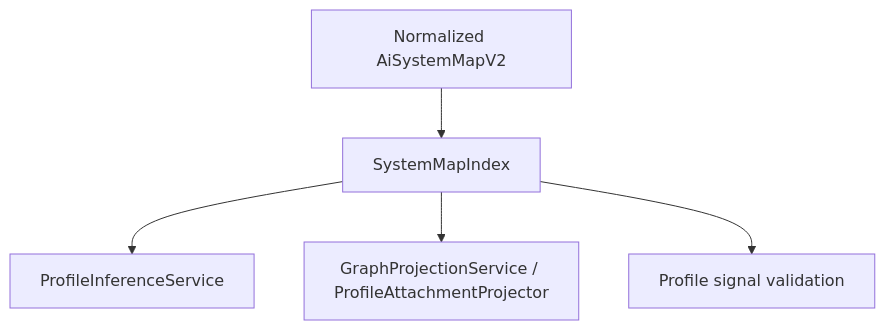
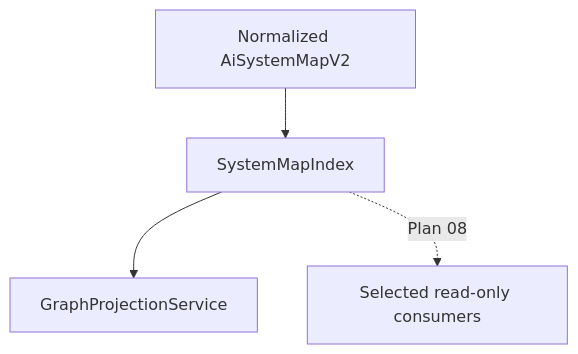
The diagram in docs/work/Timmy/schedule/plan/unfinish/phase2/static-trace-plan/s1-track-a-index-projection/05-add-read-only-system-map-index.md (1104030360/Systograph), drawn with Mermaid before and after one commit. The commit also changed other lines of this file and 63 other files, not shown here.

First line of the commit message:
feat(core): #202 完成 Phase2 S1 index/projection 後端 (#250)

````diff
--- a/docs/work/Timmy/schedule/plan/unfinish/phase2/static-trace-plan/s1-track-a-index-projection/05-add-read-only-system-map-index.md
+++ b/docs/work/Timmy/schedule/plan/unfinish/phase2/static-trace-plan/s1-track-a-index-projection/05-add-read-only-system-map-index.md
@@ -88,13 +105,11 @@
 ```mermaid
 flowchart TD
   Map[Normalized AiSystemMapV2]
   Index[SystemMapIndex]
-  Profile[ProfileInferenceService]
-  Projection[GraphProjectionService / ProfileAttachmentProjector]
-  Validator[Profile signal validation]
+  Projection[GraphProjectionService]
+  Consumers[Selected read-only consumers]
 
   Map --> Index
-  Index --> Profile
   Index --> Projection
-  Index --> Validator
+  Index -. Plan 08 .-> Consumers
 ```
````
